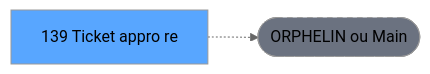
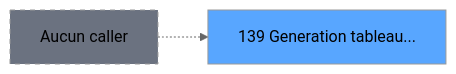
Before and after one commit to thonyAGP/magic-migration: the second of 3 diagrams in .openspec/specs/ADH-IDE-139.md, drawn with Mermaid (neutral theme). The commit also changed other lines of this file and 311 other files, not shown here.

````diff
--- a/.openspec/specs/ADH-IDE-139.md
+++ b/.openspec/specs/ADH-IDE-139.md
@@ -135,8 +288,8 @@
 ```mermaid
 graph LR
-    T[139 Ticket appro re]
-    ORPHAN([ORPHELIN ou Main])
-    T -.-> ORPHAN
-    style T fill:#58a6ff,color:#000
-    style ORPHAN fill:#6b7280,stroke-dasharray: 5 5
+    T139[139 Generation tableau...]
+    style T139 fill:#58a6ff
+    NONE[Aucun caller]
+    NONE -.-> T139
+    style NONE fill:#6b7280,stroke-dasharray: 5 5
 ```
````
